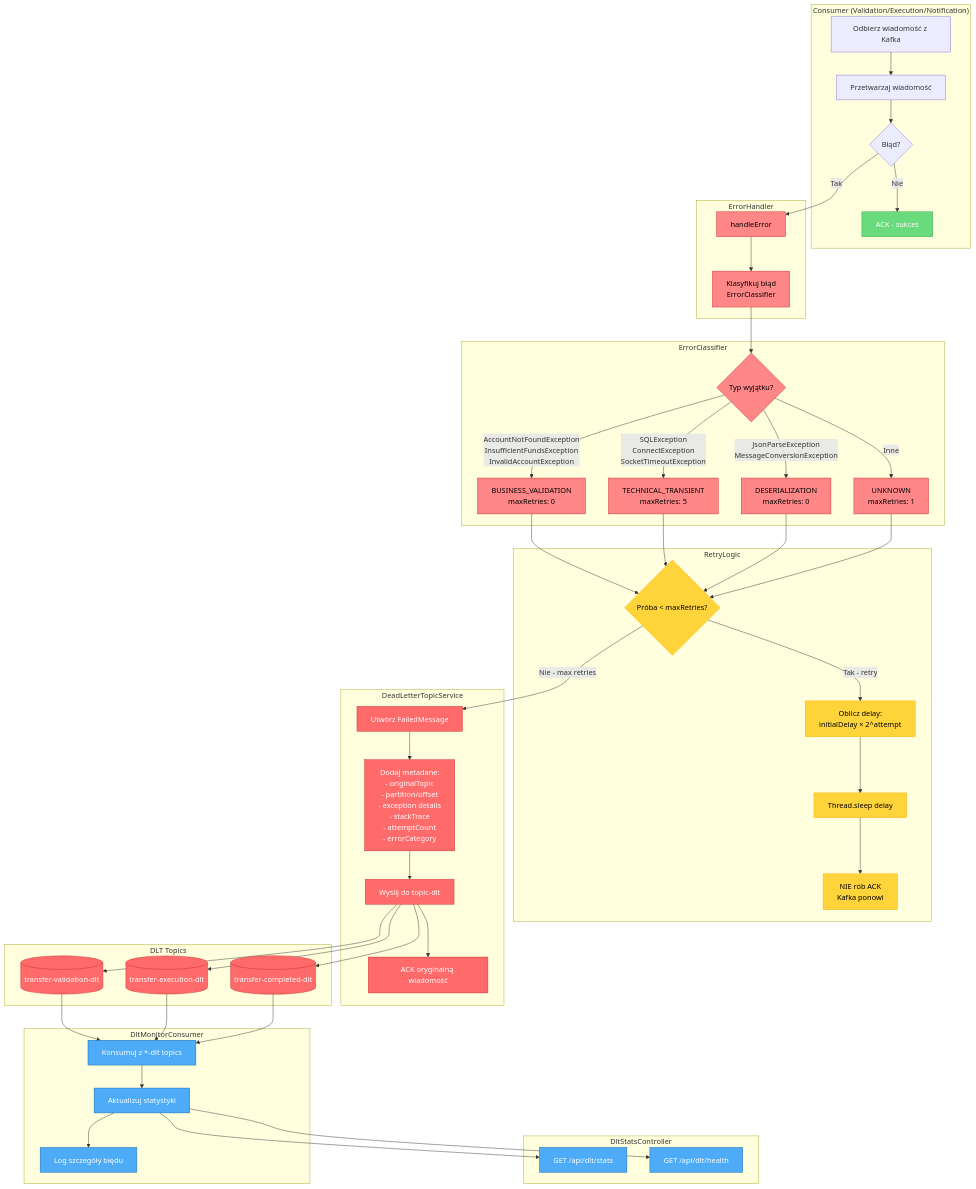
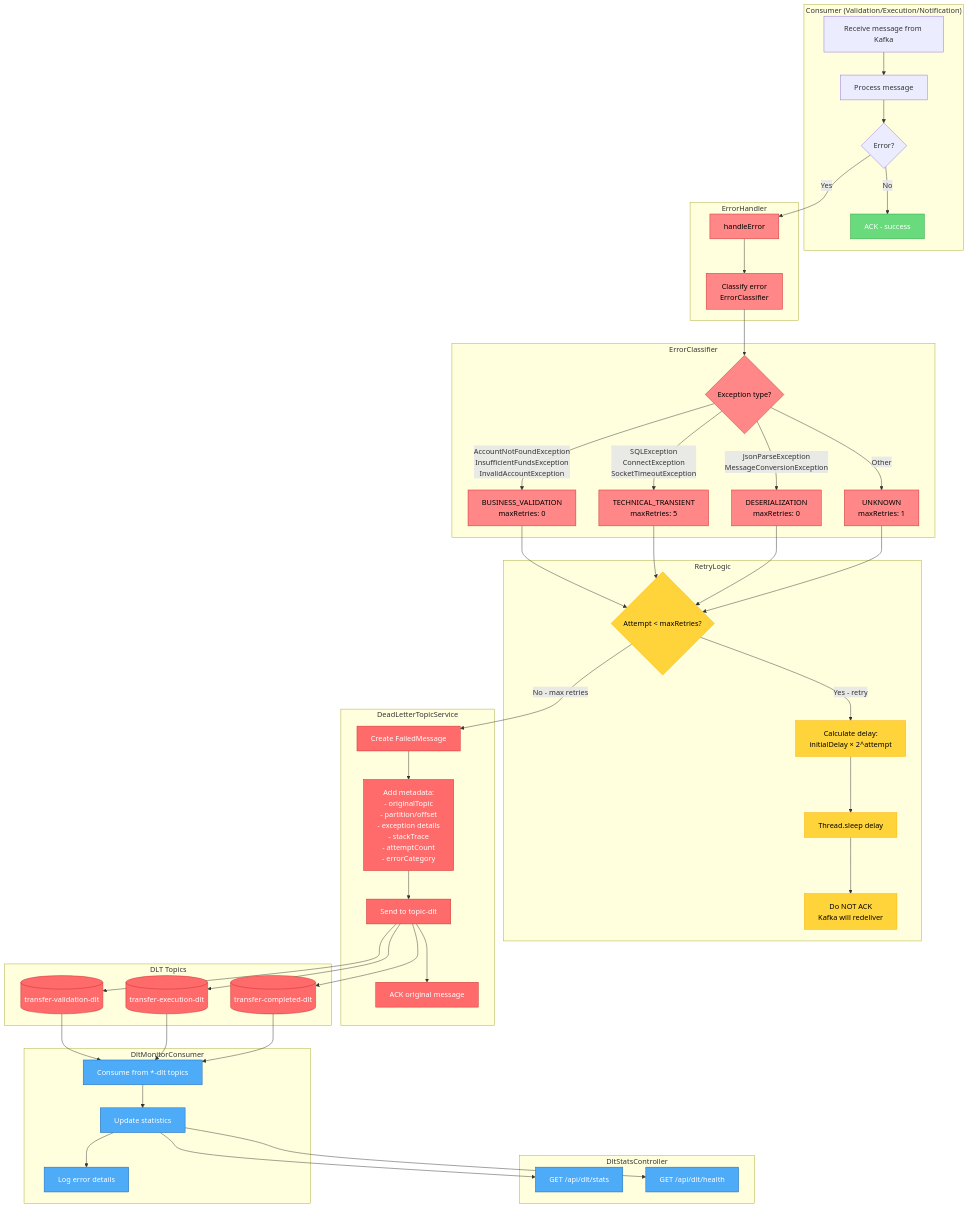
The first of 5 diagrams in docs/error-dlt-flow.md (kmpol/banking-sysyem-kafka), drawn with Mermaid before and after one commit. The commit also changed other lines of this file and 1 other file, not shown here.

First line of the commit message:
Translate flow diagrams to English

````diff
--- a/docs/error-dlt-flow.md
+++ b/docs/error-dlt-flow.md
@@ -5,19 +5,19 @@
 ```mermaid
 flowchart TD
     subgraph Consumer["Consumer (Validation/Execution/Notification)"]
-        C1[Odbierz wiadomość z Kafka]
-        C2[Przetwarzaj wiadomość]
-        C3{Błąd?}
-        C4[ACK - sukces]
+        C1[Receive message from Kafka]
+        C2[Process message]
+        C3{Error?}
+        C4[ACK - success]
     end
 
     subgraph ErrorHandler
         EH1[handleError]
-        EH2[Klasyfikuj błąd<br/>ErrorClassifier]
+        EH2[Classify error<br/>ErrorClassifier]
     end
 
     subgraph ErrorClassifier
-        EC1{Typ wyjątku?}
+        EC1{Exception type?}
         EC2[BUSINESS_VALIDATION<br/>maxRetries: 0]
         EC3[TECHNICAL_TRANSIENT<br/>maxRetries: 5]
         EC4[DESERIALIZATION<br/>maxRetries: 0]
@@ -25,17 +25,17 @@
     end
 
     subgraph RetryLogic
-        R1{Próba < maxRetries?}
-        R2[Oblicz delay:<br/>initialDelay × 2^attempt]
+        R1{Attempt < maxRetries?}
+        R2[Calculate delay:<br/>initialDelay × 2^attempt]
         R3[Thread.sleep delay]
-        R4[NIE rób ACK<br/>Kafka ponowi]
+        R4[Do NOT ACK<br/>Kafka will redeliver]
     end
 
     subgraph DeadLetterTopicService
-        DLT1[Utwórz FailedMessage]
-        DLT2[Dodaj metadane:<br/>- originalTopic<br/>- partition/offset<br/>- exception details<br/>- stackTrace<br/>- attemptCount<br/>- errorCategory]
-        DLT3[Wyślij do topic-dlt]
-        DLT4[ACK oryginalną wiadomość]
+        DLT1[Create FailedMessage]
+        DLT2[Add metadata:<br/>- originalTopic<br/>- partition/offset<br/>- exception details<br/>- stackTrace<br/>- attemptCount<br/>- errorCategory]
+        DLT3[Send to topic-dlt]
+        DLT4[ACK original message]
     end
 
     subgraph DLT Topics
@@ -45,9 +45,9 @@
     end
 
     subgraph DltMonitorConsumer
-        MON1[Konsumuj z *-dlt topics]
-        MON2[Aktualizuj statystyki]
-        MON3[Log szczegóły błędu]
+        MON1[Consume from *-dlt topics]
+        MON2[Update statistics]
+        MON3[Log error details]
     end
 
     subgraph DltStatsController
@@ -57,20 +57,20 @@
 
     %% Main flow
     C1 --> C2 --> C3
-    C3 -->|Nie| C4
-    C3 -->|Tak| EH1
+    C3 -->|No| C4
+    C3 -->|Yes| EH1
 
     %% Error classification
     EH1 --> EH2 --> EC1
     EC1 -->|AccountNotFoundException<br/>InsufficientFundsException<br/>InvalidAccountException| EC2
     EC1 -->|SQLException<br/>ConnectException<br/>SocketTimeoutException| EC3
     EC1 -->|JsonParseException<br/>MessageConversionException| EC4
-    EC1 -->|Inne| EC5
+    EC1 -->|Other| EC5
 
     %% Retry decision
     EC2 & EC3 & EC4 & EC5 --> R1
-    R1 -->|Tak - retry| R2 --> R3 --> R4
-    R1 -->|Nie - max retries| DLT1
+    R1 -->|Yes - retry| R2 --> R3 --> R4
+    R1 -->|No - max retries| DLT1
 
     %% DLT flow
     DLT1 --> DLT2 --> DLT3 --> DLT4
````
